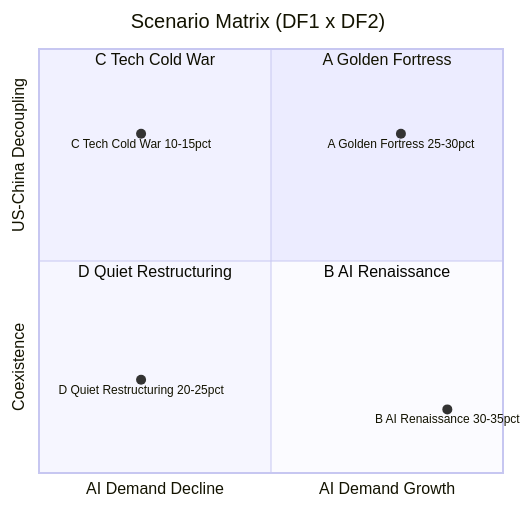
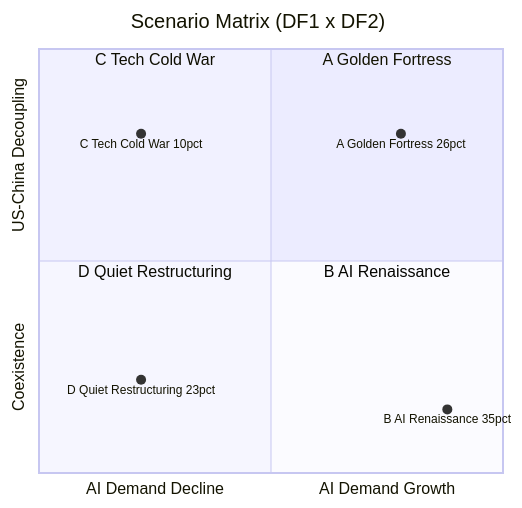
One commit to k31001/action-learning changed the diagram in outputs/report/scenario-planning-report.md. Above: the diagram before and after it, drawn with Mermaid. The commit also changed other lines of this file and 17 other files, not shown here.

````diff
--- a/outputs/report/scenario-planning-report.md
+++ b/outputs/report/scenario-planning-report.md
@@ -246,14 +246,14 @@
 ```mermaid
 quadrantChart
     title Scenario Matrix (DF1 x DF2)
     x-axis AI Demand Decline --> AI Demand Growth
     y-axis Coexistence --> US-China Decoupling
     quadrant-1 A Golden Fortress
     quadrant-2 C Tech Cold War
     quadrant-3 D Quiet Restructuring
     quadrant-4 B AI Renaissance
-    A Golden Fortress 25-30pct: [0.78, 0.80]
-    B AI Renaissance 30-35pct: [0.88, 0.15]
-    C Tech Cold War 10-15pct: [0.22, 0.80]
-    D Quiet Restructuring 20-25pct: [0.22, 0.22]
+    A Golden Fortress 26pct: [0.78, 0.80]
+    B AI Renaissance 35pct: [0.88, 0.15]
+    C Tech Cold War 10pct: [0.22, 0.80]
+    D Quiet Restructuring 23pct: [0.22, 0.22]
 ```
````
